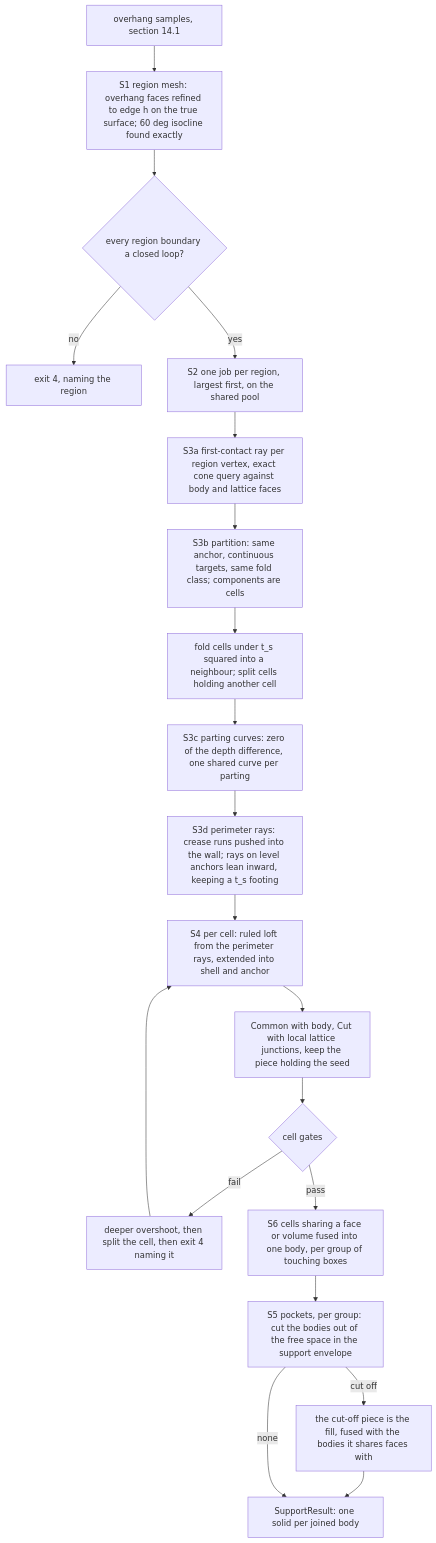
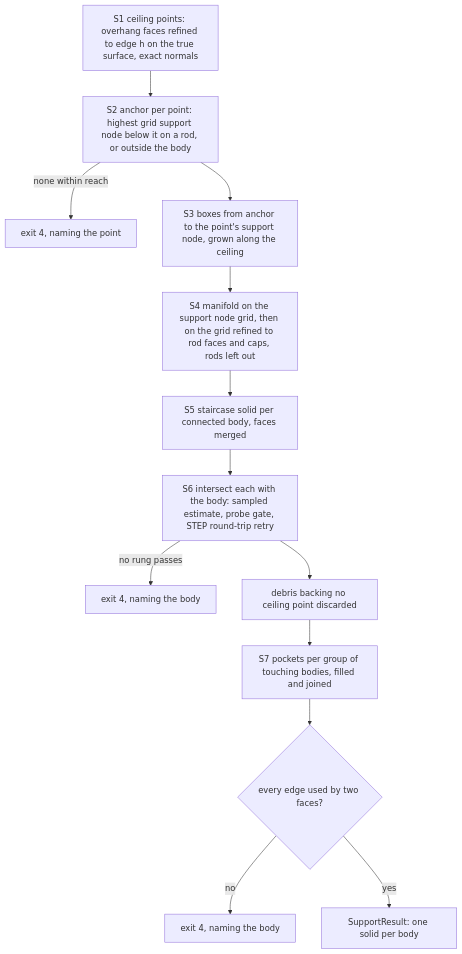
The third of 3 diagrams in docs/algorithm.md (arnego/latticegen2), drawn with Mermaid before and after one commit. The commit also changed other lines of this file and 23 other files, not shown here.

````diff
--- a/docs/algorithm.md
+++ b/docs/algorithm.md
@@ -2517,22 +2520,15 @@
 ```mermaid
 flowchart TD
-    A[overhang samples, section 14.1] --> B[S1 region mesh: overhang faces refined to edge h on the true surface; 60 deg isocline found exactly]
-    B --> B1{every region boundary a closed loop?}
-    B1 -->|no| F1[exit 4, naming the region]
-    B1 -->|yes| C[S2 one job per region, largest first, on the shared pool]
-    C --> D[S3a first-contact ray per region vertex, exact cone query against body and lattice faces]
-    D --> G[S3b partition: same anchor, continuous targets, same fold class; components are cells]
-    G --> H[fold cells under t_s squared into a neighbour; split cells holding another cell]
-    H --> I[S3c parting curves: zero of the depth difference, one shared curve per parting]
-    I --> I2[S3d perimeter rays: crease runs pushed into the wall; rays on level anchors lean inward, keeping a t_s footing]
-    I2 --> J[S4 per cell: ruled loft from the perimeter rays, extended into shell and anchor]
-    J --> K[Common with body, Cut with local lattice junctions, keep the piece holding the seed]
-    K --> L{cell gates}
-    L -->|fail| M[deeper overshoot, then split the cell, then exit 4 naming it]
-    M --> J
-    L -->|pass| P[S6 cells sharing a face or volume fused into one body, per group of touching boxes]
-    P --> N[S5 pockets, per group: cut the bodies out of the free space in the support envelope]
-    N -->|cut off| O[the cut-off piece is the fill, fused with the bodies it shares faces with]
-    O --> Q
-    N -->|none| Q[SupportResult: one solid per joined body]
+    A[S1 ceiling points: overhang faces refined to edge h on the true surface, exact normals] --> B[S2 anchor per point: highest grid support node below it on a rod, or outside the body]
+    B -->|none within reach| F1[exit 4, naming the point]
+    B --> C[S3 boxes from anchor to the point's support node, grown along the ceiling]
+    C --> D[S4 manifold on the support node grid, then on the grid refined to rod faces and caps, rods left out]
+    D --> E[S5 staircase solid per connected body, faces merged]
+    E --> G[S6 intersect each with the body: sampled estimate, probe gate, STEP round-trip retry]
+    G -->|no rung passes| F2[exit 4, naming the body]
+    G --> H[debris backing no ceiling point discarded]
+    H --> P[S7 pockets per group of touching bodies, filled and joined]
+    P --> M{every edge used by two faces?}
+    M -->|no| F3[exit 4, naming the body]
+    M -->|yes| Q[SupportResult: one solid per body]
 ```
````
